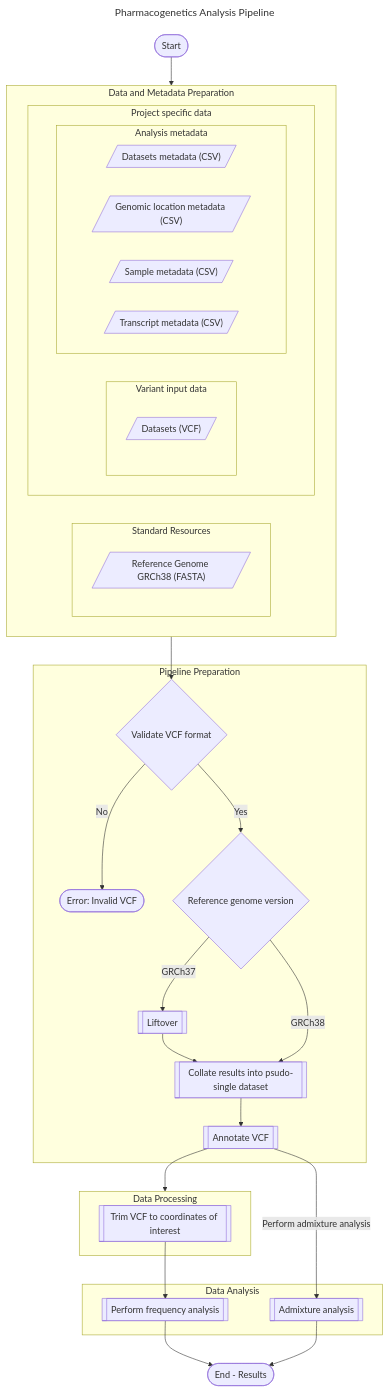
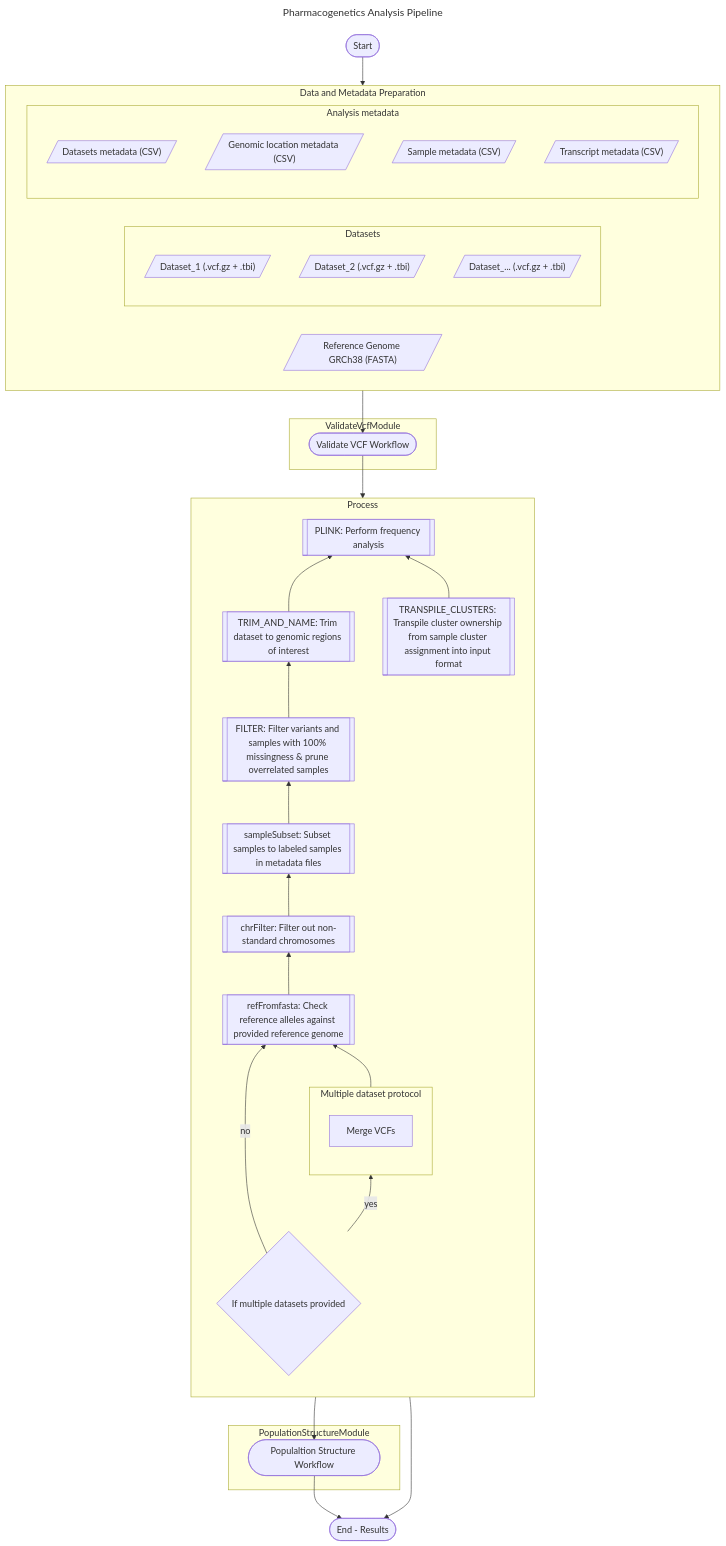
The diagram in docs/02-workflow/00-index.md (Tuks-ICMM/Pharmacogenetic-Analysis-Pipeline), drawn with Mermaid before and after one commit. The commit also changed 8 other files, not shown here.

Commit message:
Updated documentation graph

````diff
--- a/docs/02-workflow/00-index.md
+++ b/docs/02-workflow/00-index.md
@@ -25,65 +25,73 @@
 ```mermaid
 ---
 title: Pharmacogenetics Analysis Pipeline
 ---
-flowchart TB
+flowchart TD
     START([Start])
     END([End - Results])
+
+    subgraph ValidateVcfModule
+        validateVcf([Validate VCF Workflow])
+    end
+    subgraph PopulationStructureModule
+        PopulationStructureWorkflow([Populaltion Structure Workflow])
+    end
+
 
     subgraph dataPrep ["Data and Metadata Preparation"]
         %% Use LR to invert axis set by parent to effectively force relative "TB"
         direction LR
-
-        subgraph Standard ["Standard Resources"]
-            genomeFasta[/"Reference Genome GRCh38 (FASTA)"/]
-        end
-        subgraph projectSpecific ["Project specific data"]
-            %% Use LR to invert axis set by parent to effectively force relative "TB"
-            direction LR
-            subgraph data ["Variant input data"]
-                datasetFiles[/"Datasets (VCF)"/]
+        genomeFasta[/"Reference Genome GRCh38 (FASTA)"/]
+            subgraph data ["Datasets"]
+                datasetFiles1[/"Dataset_1 (.vcf.gz + .tbi)"/]
+                datasetFiles2[/"Dataset_2 (.vcf.gz + .tbi)"/]
+                datasetFiles3[/"Dataset_... (.vcf.gz + .tbi)"/]
             end
             subgraph metadata ["Analysis metadata"]
                 %% Use LR to invert axis set by parent to effectively force relative "TB"
-                direction LR
+                direction TB
 
                 datasetMeta[/"Datasets metadata (CSV)"/]
                 locationMeta[/"Genomic location metadata (CSV)"/]
                 sampleMeta[/"Sample metadata (CSV)"/]
                 transcriptMeta[/"Transcript metadata (CSV)"/]
             end
-        end
+
     end
     START --> dataPrep
-    dataPrep --> VALIDATE
+    dataPrep --> validateVcf
 
-    subgraph prep [Pipeline Preparation]
+    validateVcf --> ifMultipleVcfs
+
+    subgraph prep [Process]
+        direction BT
+
+        subgraph multipleVcfProtocol [Multiple dataset protocol]
+            mergeVcf[Merge VCFs]
+        end
 
 
-        %% Choice START
-        VALIDATE{Validate VCF format} --> |No|VCFERR([Error: Invalid VCF])
-        VALIDATE --> |Yes|Qliftover{Reference genome version}
-        %% Choice END
-        Qliftover --> |GRCh37|LIFTOVER[[Liftover]]
-        %% Choice START
-        LIFTOVER --> COLLATE
-        Qliftover --> |GRCh38|COLLATE[[Collate results into psudo-single dataset]]
-        %% Choice END
+        ifMultipleVcfs{If multiple datasets provided} --> |yes| multipleVcfProtocol
+        ifMultipleVcfs{If multiple datasets provided} --> |no| refFromFasta
 
-        COLLATE --> ANNOTATE[[Annotate VCF]]
-    end
-    ANNOTATE --> processing
+        refFromFasta[[refFromfasta: Check reference alleles against provided reference genome]]
+        
+        multipleVcfProtocol --> refFromFasta
 
-    subgraph processing [Data Processing]
-        TRIM[[Trim VCF to coordinates of interest]]
-    end
-    TRIM --> FREQ
+        refFromFasta --> chrFilter[[chrFilter: Filter out non-standard chromosomes]]
 
-    subgraph analysis [Data Analysis]
-        ANNOTATE --> |Perform admixture analysis|ADMIXTURE[[Admixture analysis]]
+        chrFilter --> sampleSubset[[sampleSubset: Subset samples to labeled samples in metadata files]]
+        
+        sampleSubset --> FILTER[[FILTER: Filter variants and samples with 100% missingness & prune overrelated samples]]
 
-        FREQ[[Perform frequency analysis]]
-    end
-    FREQ --> END
-    ADMIXTURE --> END
+        FILTER --> TRIM_AND_NAME[[TRIM_AND_NAME: Trim dataset to genomic regions of interest]]
+
+        TRANSPILE_CLUSTERS[[TRANSPILE_CLUSTERS: Transpile cluster ownership from sample cluster assignment into input format]]
+
+        TRIM_AND_NAME & TRANSPILE_CLUSTERS --> PLINK[[PLINK: Perform frequency analysis]]
+ 
+    end 
+    FILTER --> PopulationStructureWorkflow
+    PopulationStructureWorkflow --> END
+    PLINK --> END
 ```
````
